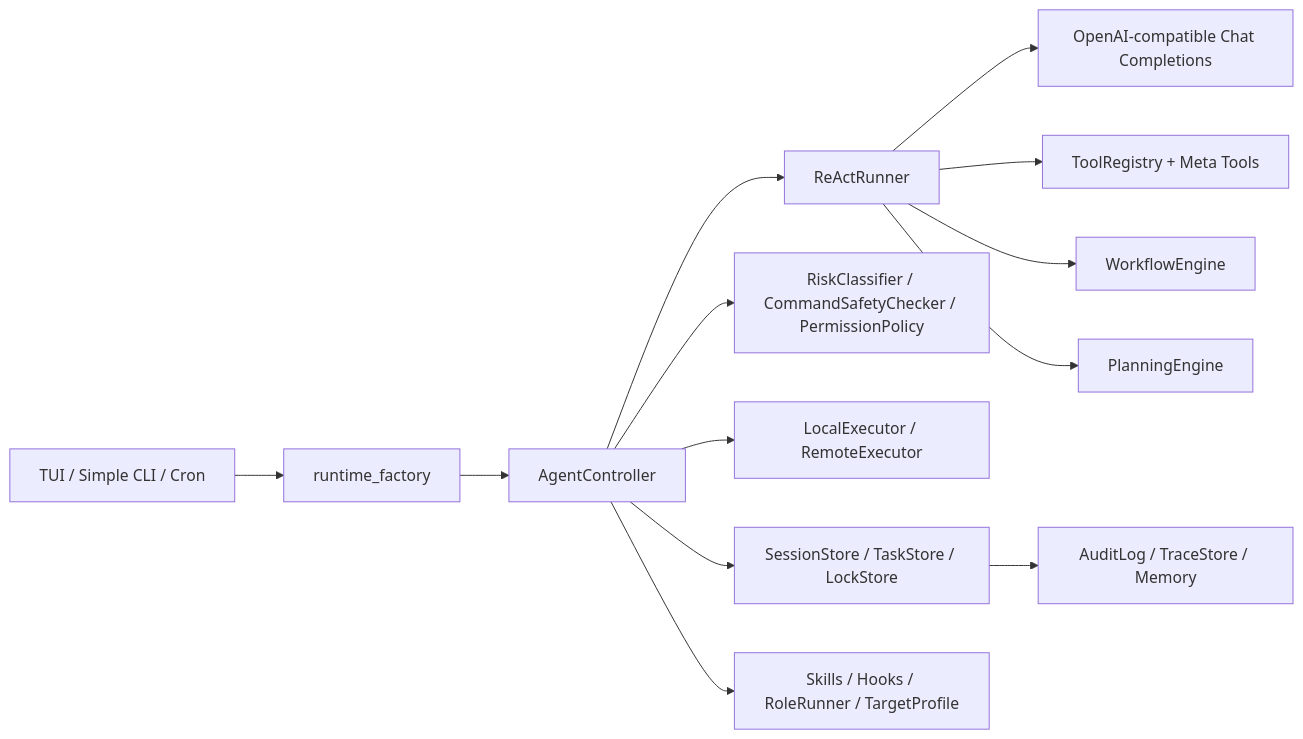
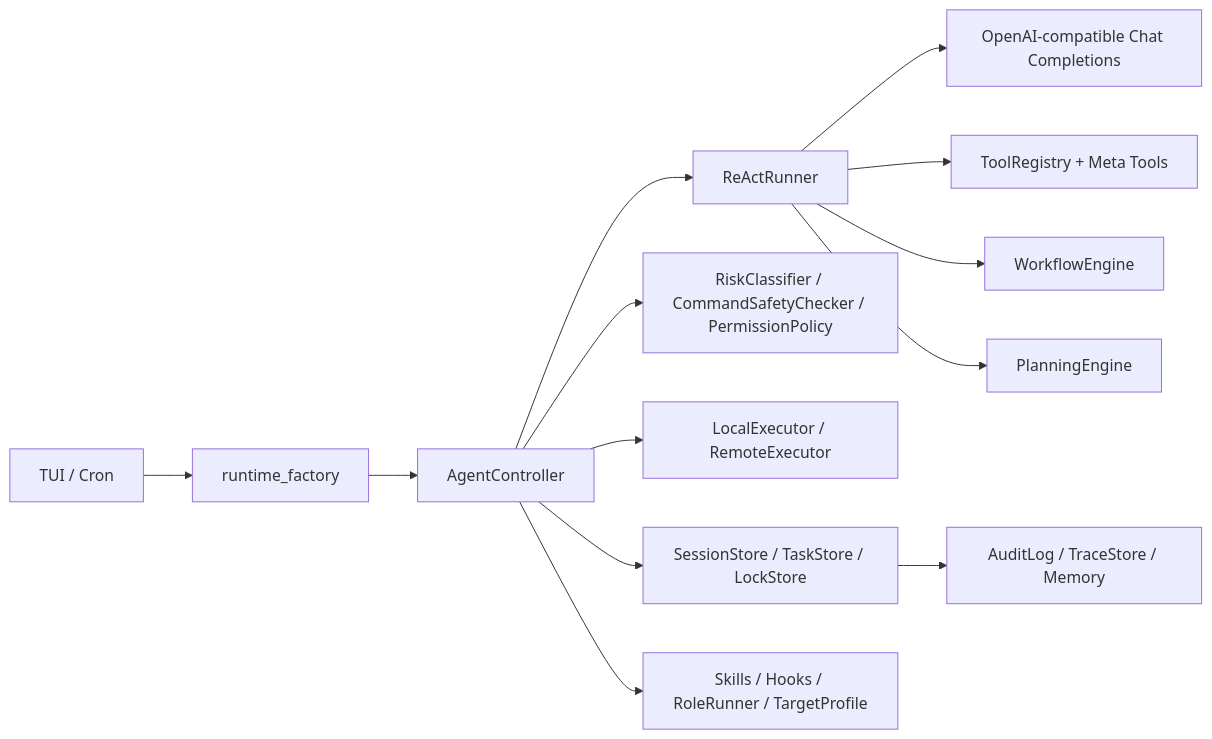
Before and after one commit to PyCmgMagic/SysDialogue: the diagram in submission_materials/06_design_explanation.md, drawn with Mermaid. The commit also changed other lines of this file and 9 other files, not shown here.

First line of the commit message:
refactor: 完全移除 Simple CLI 功能及相关文档

````diff
--- a/submission_materials/06_design_explanation.md
+++ b/submission_materials/06_design_explanation.md
@@ -5,15 +5,15 @@
 ```mermaid
 flowchart LR
-    UI["TUI / Simple CLI / Cron"] --> Runtime["runtime_factory"]
+    UI["TUI / Cron"] --> Runtime["runtime_factory"]
     Runtime --> Controller["AgentController"]
     Controller --> ReAct["ReActRunner"]
     ReAct --> LLM["OpenAI-compatible Chat Completions"]
     ReAct --> Registry["ToolRegistry + Meta Tools"]
     ReAct --> Workflow["WorkflowEngine"]
     ReAct --> Planner["PlanningEngine"]
     Controller --> Safety["RiskClassifier / CommandSafetyChecker / PermissionPolicy"]
     Controller --> Exec["LocalExecutor / RemoteExecutor"]
     Controller --> Stores["SessionStore / TaskStore / LockStore"]
     Controller --> Ext["Skills / Hooks / RoleRunner / TargetProfile"]
     Stores --> Audit["AuditLog / TraceStore / Memory"]
 ```
````
